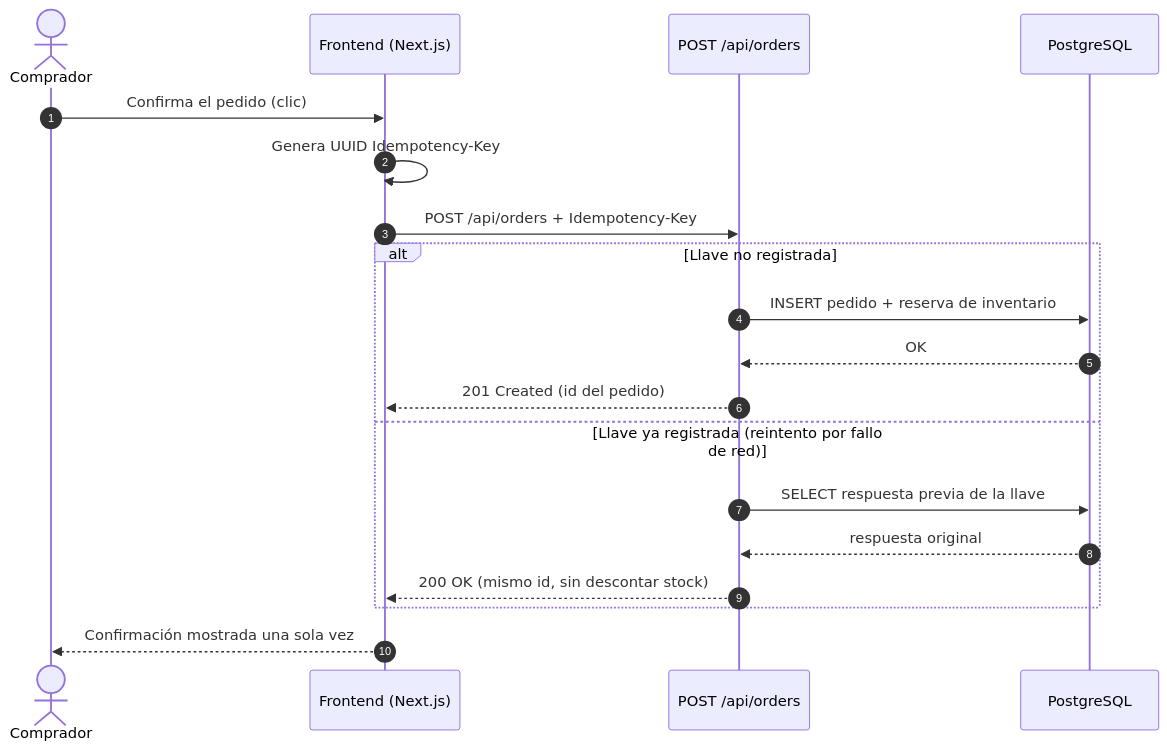
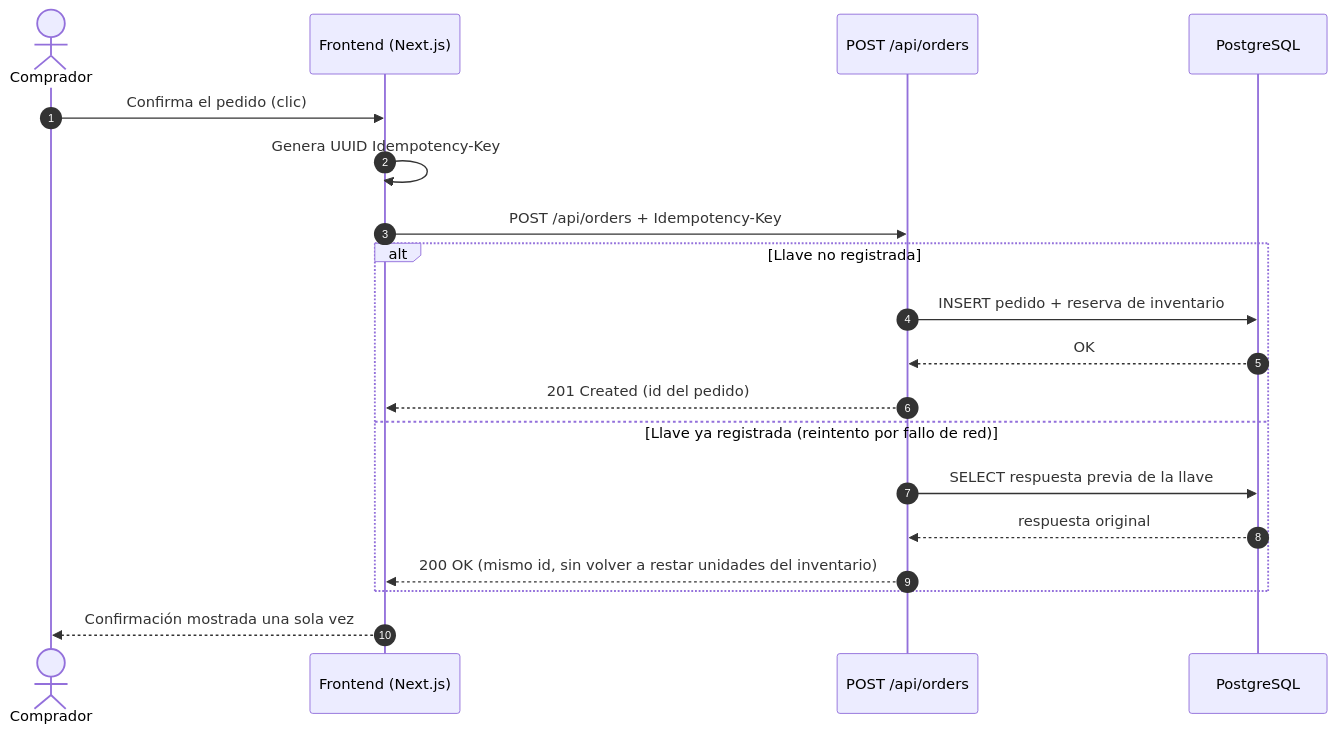
One commit to ISCOUTB/AS_202620_TIENDA-VIRTUAL-UTB changed the first of 2 diagrams in docs/idempotencia-saga-s11.md. Above: the diagram before and after it, drawn with Mermaid. The commit also changed other lines of this file and 9 other files, not shown here.

````diff
--- a/docs/idempotencia-saga-s11.md
+++ b/docs/idempotencia-saga-s11.md
@@ -35,22 +35,22 @@
 ```mermaid
 sequenceDiagram
     autonumber
     actor U as Comprador
     participant FE as Frontend (Next.js)
     participant API as POST /api/orders
     participant DB as PostgreSQL
 
     U->>FE: Confirma el pedido (clic)
     FE->>FE: Genera UUID Idempotency-Key
     FE->>API: POST /api/orders + Idempotency-Key
     alt Llave no registrada
         API->>DB: INSERT pedido + reserva de inventario
         DB-->>API: OK
         API-->>FE: 201 Created (id del pedido)
     else Llave ya registrada (reintento por fallo de red)
         API->>DB: SELECT respuesta previa de la llave
         DB-->>API: respuesta original
-        API-->>FE: 200 OK (mismo id, sin descontar stock)
+        API-->>FE: 200 OK (mismo id, sin volver a restar unidades del inventario)
     end
     FE-->>U: Confirmación mostrada una sola vez
 ```
````
